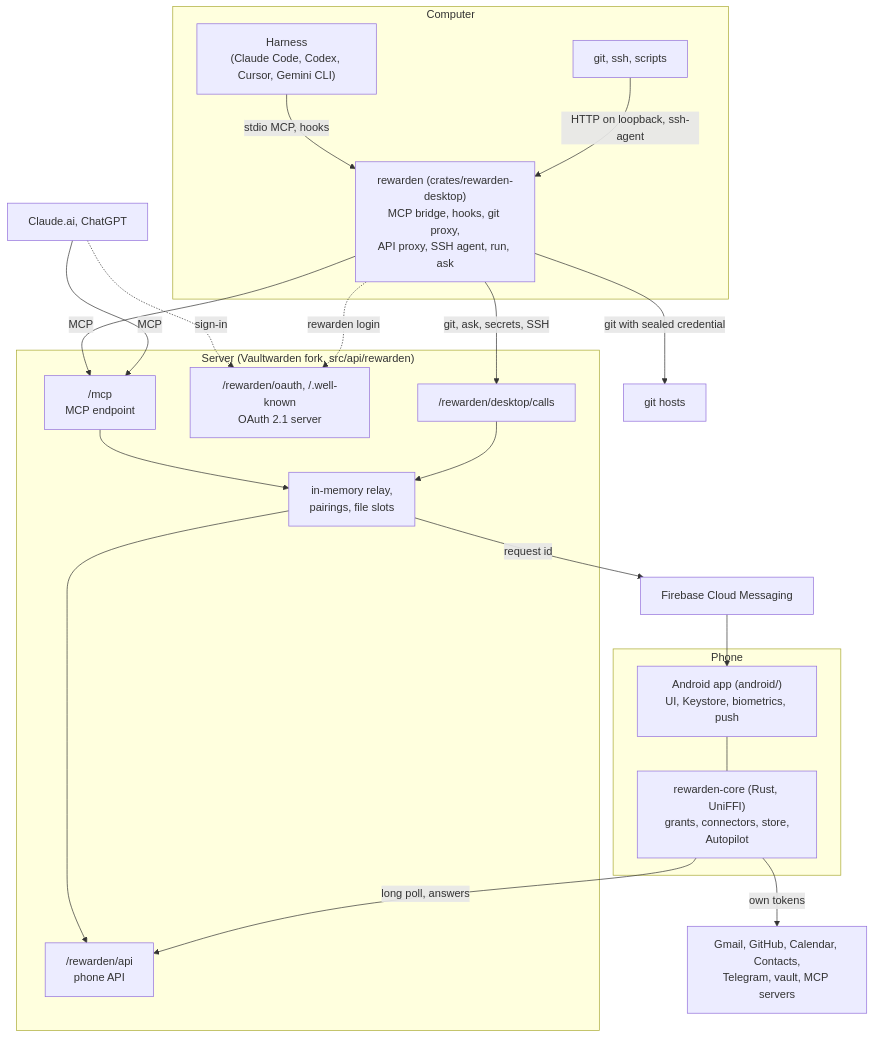
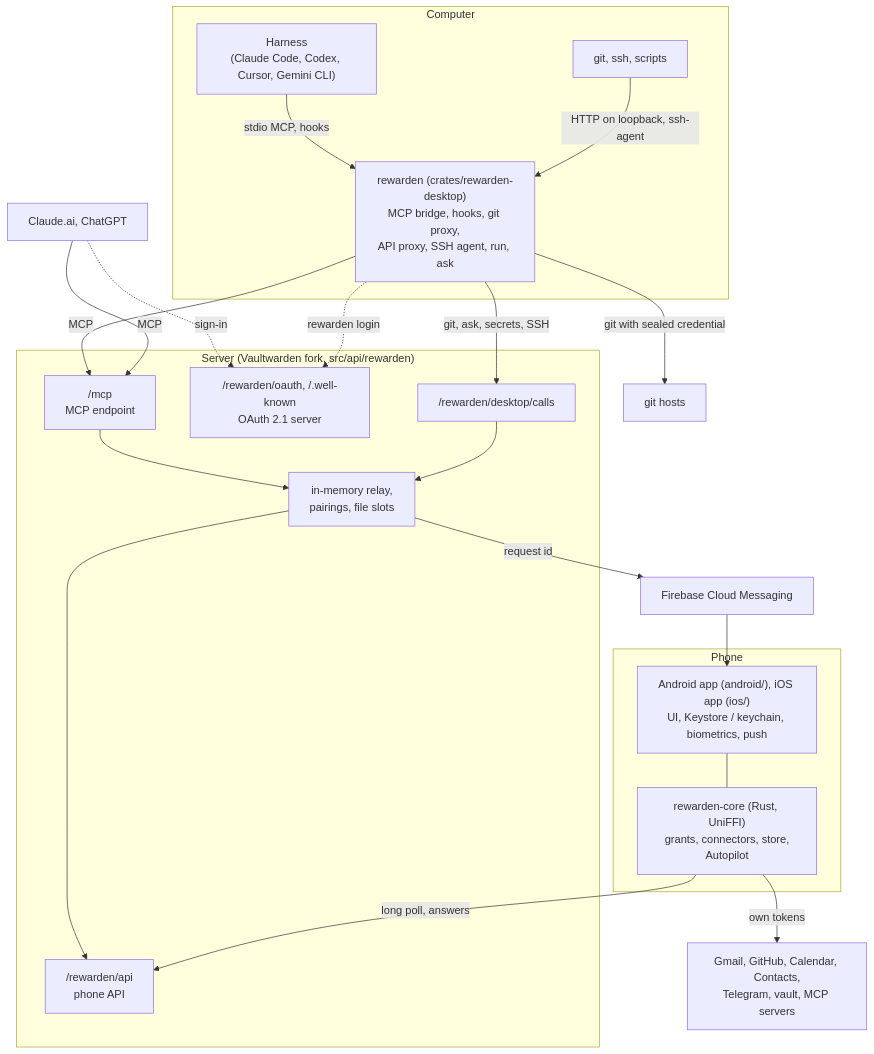
One commit to katulevskiy/reins changed the first of 3 diagrams in docs/architecture.md. Above: the diagram before and after it, drawn with Mermaid. The commit also changed other lines of this file and 2 other files, not shown here.

Commit message:
docs: the iOS app, and macOS desktop builds in every release

````diff
--- a/docs/architecture.md
+++ b/docs/architecture.md
@@ -6,38 +6,38 @@
 ```mermaid
 flowchart TB
     subgraph computer["Computer"]
         harness["Harness<br/>(Claude Code, Codex, Cursor, Gemini CLI)"]
         git["git, ssh, scripts"]
         desktop["rewarden (crates/rewarden-desktop)<br/>MCP bridge, hooks, git proxy,<br/>API proxy, SSH agent, run, ask"]
     end
     cloudai["Claude.ai, ChatGPT"]
     subgraph server["Server (Vaultwarden fork, src/api/rewarden)"]
         mcp["/mcp<br/>MCP endpoint"]
         oauth["/rewarden/oauth, /.well-known<br/>OAuth 2.1 server"]
         dapi["/rewarden/desktop/calls"]
         relay["in-memory relay,<br/>pairings, file slots"]
         papi["/rewarden/api<br/>phone API"]
     end
     fcm["Firebase Cloud Messaging"]
     subgraph phone["Phone"]
-        app["Android app (android/)<br/>UI, Keystore, biometrics, push"]
+        app["Android app (android/), iOS app (ios/)<br/>UI, Keystore / keychain, biometrics, push"]
         core["rewarden-core (Rust, UniFFI)<br/>grants, connectors, store,<br/>Autopilot"]
     end
     services["Gmail, GitHub, Calendar, Contacts,<br/>Telegram, vault, MCP servers"]
     hosts["git hosts"]
 
     harness -- "stdio MCP, hooks" --> desktop
     git -- "HTTP on loopback, ssh-agent" --> desktop
     desktop -- "MCP" --> mcp
     desktop -- "git, ask, secrets, SSH" --> dapi
     cloudai -- "MCP" --> mcp
     cloudai -. "sign-in" .-> oauth
     desktop -. "rewarden login" .-> oauth
     mcp & dapi --> relay
     relay --> papi
     relay -- "request id" --> fcm --> app
     app --- core
     core -- "long poll, answers" --> papi
     core -- "own tokens" --> services
     desktop -- "git with sealed credential" --> hosts
 ```
````
